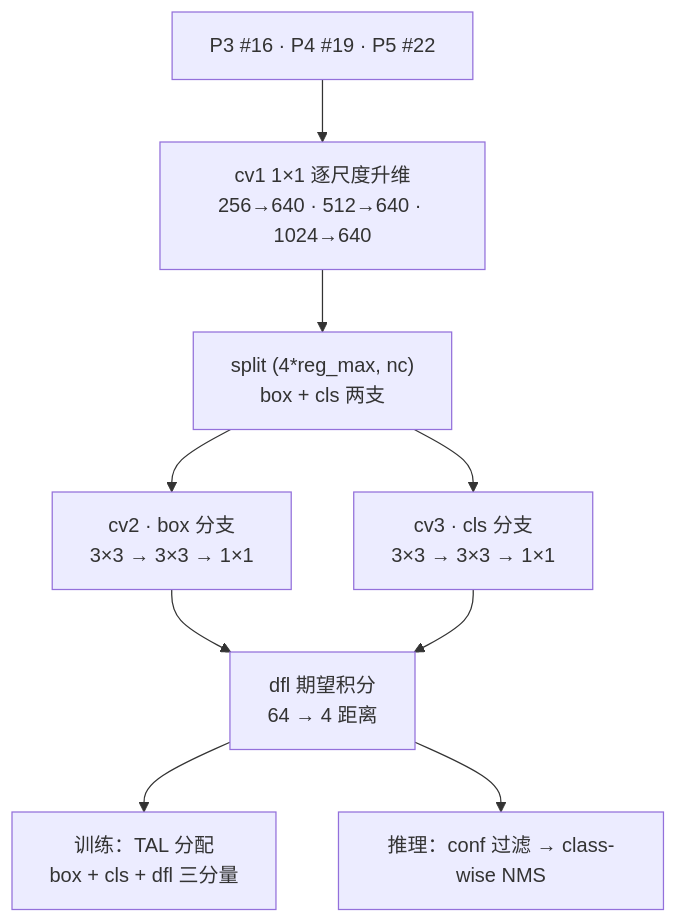
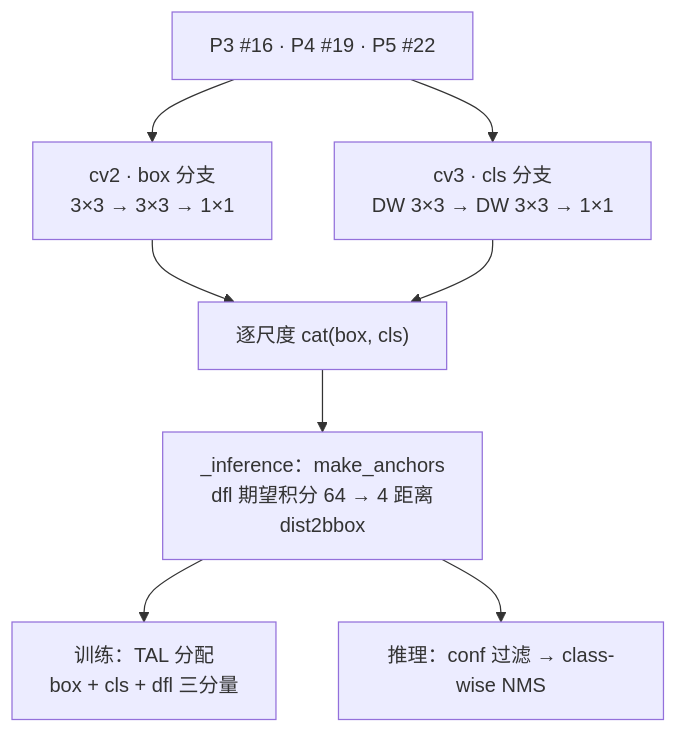
The third of 3 diagrams in docs/versions/v11/layers.md (yejinlei/agent-yolo), drawn with Mermaid before and after one commit. The commit also changed other lines of this file and 32 other files, not shown here.

````diff
--- a/docs/versions/v11/layers.md
+++ b/docs/versions/v11/layers.md
@@ -214,11 +215,10 @@
 ```mermaid
 flowchart TB
-    IN["P3 #16 · P4 #19 · P5 #22"] --> CV1["cv1 1×1 逐尺度升维<br/>256→640 · 512→640 · 1024→640"]
-    CV1 --> SPLIT["split (4*reg_max, nc)<br/>box + cls 两支"]
-    SPLIT --> CV2["cv2 · box 分支<br/>3×3 → 3×3 → 1×1"]
-    SPLIT --> CV3["cv3 · cls 分支<br/>3×3 → 3×3 → 1×1"]
-    CV2 --> DECODE["dfl 期望积分<br/>64 → 4 距离"]
-    CV3 --> DECODE
+    IN["P3 #16 · P4 #19 · P5 #22"] --> CV2["cv2 · box 分支<br/>3×3 → 3×3 → 1×1"]
+    IN --> CV3["cv3 · cls 分支<br/>DW 3×3 → DW 3×3 → 1×1"]
+    CV2 --> CAT["逐尺度 cat(box, cls)"]
+    CV3 --> CAT
+    CAT --> DECODE["_inference：make_anchors<br/>dfl 期望积分 64 → 4 距离<br/>dist2bbox"]
     DECODE --> TRAIN["训练：TAL 分配<br/>box + cls + dfl 三分量"]
     DECODE --> INF["推理：conf 过滤 → class-wise NMS"]
 ```
````
